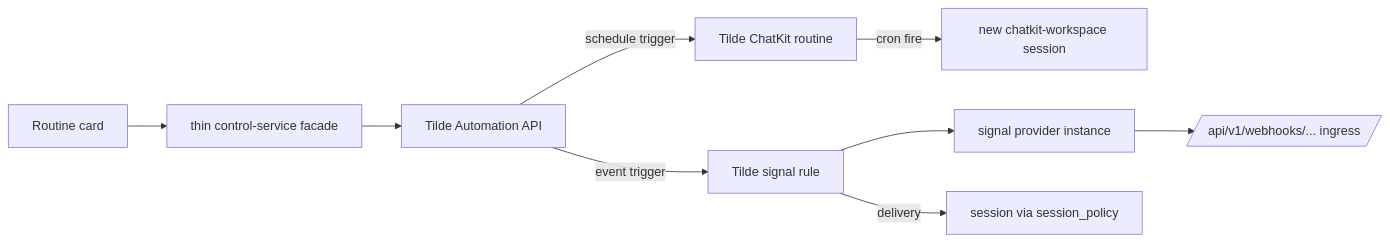
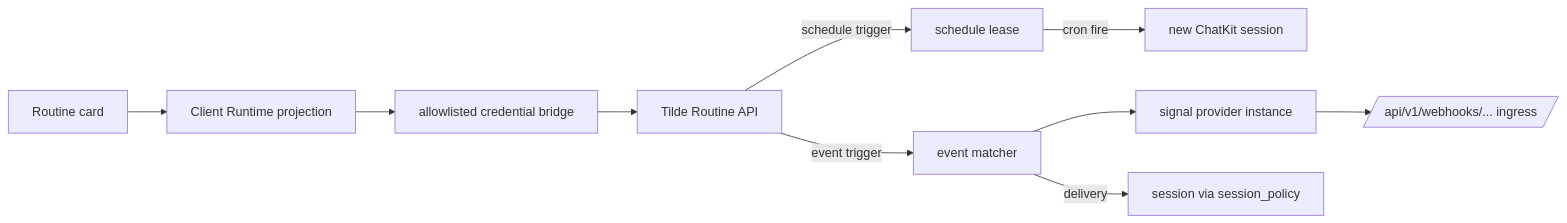
Before and after one commit to trytilde/dispatch: the diagram in docs/adrs/0031-routines-and-signals.md, drawn with Mermaid. The commit also changed other lines of this file and 60 other files, not shown here.

First line of the commit message:
refactor(control): collapse Tilde settings facades (#108)

````diff
--- a/docs/adrs/0031-routines-and-signals.md
+++ b/docs/adrs/0031-routines-and-signals.md
@@ -34,11 +32,12 @@
 ```mermaid
 flowchart LR
-    UI[Routine card] --> CS[thin control-service facade]
-    CS --> A[Tilde Automation API]
-    A -->|schedule trigger| R[Tilde ChatKit routine]
-    A -->|event trigger| SR[Tilde signal rule]
-    SR --> SPI[signal provider instance]
+    UI[Routine card] --> CR[Client Runtime projection]
+    CR --> B[allowlisted credential bridge]
+    B --> A[Tilde Routine API]
+    A -->|schedule trigger| R[schedule lease]
+    A -->|event trigger| E[event matcher]
+    E --> SPI[signal provider instance]
     SPI --> WH[/api/v1/webhooks/... ingress/]
-    R -->|cron fire| S1[new chatkit-workspace session]
-    SR -->|delivery| S2[session via session_policy]
+    R -->|cron fire| S1[new ChatKit session]
+    E -->|delivery| S2[session via session_policy]
 ```
````
